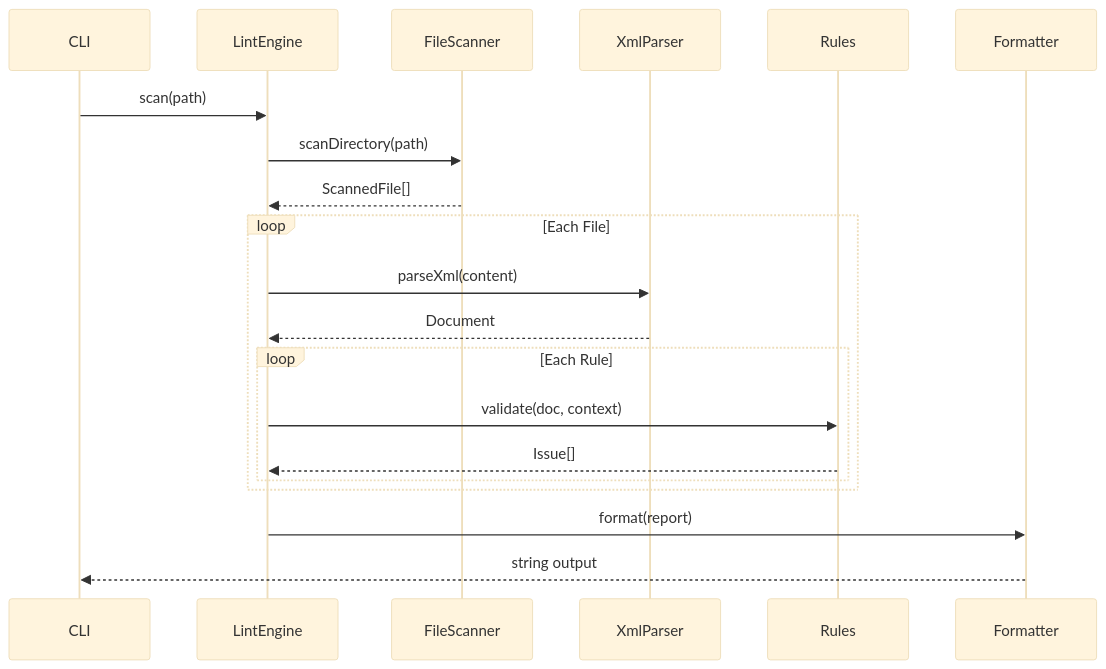
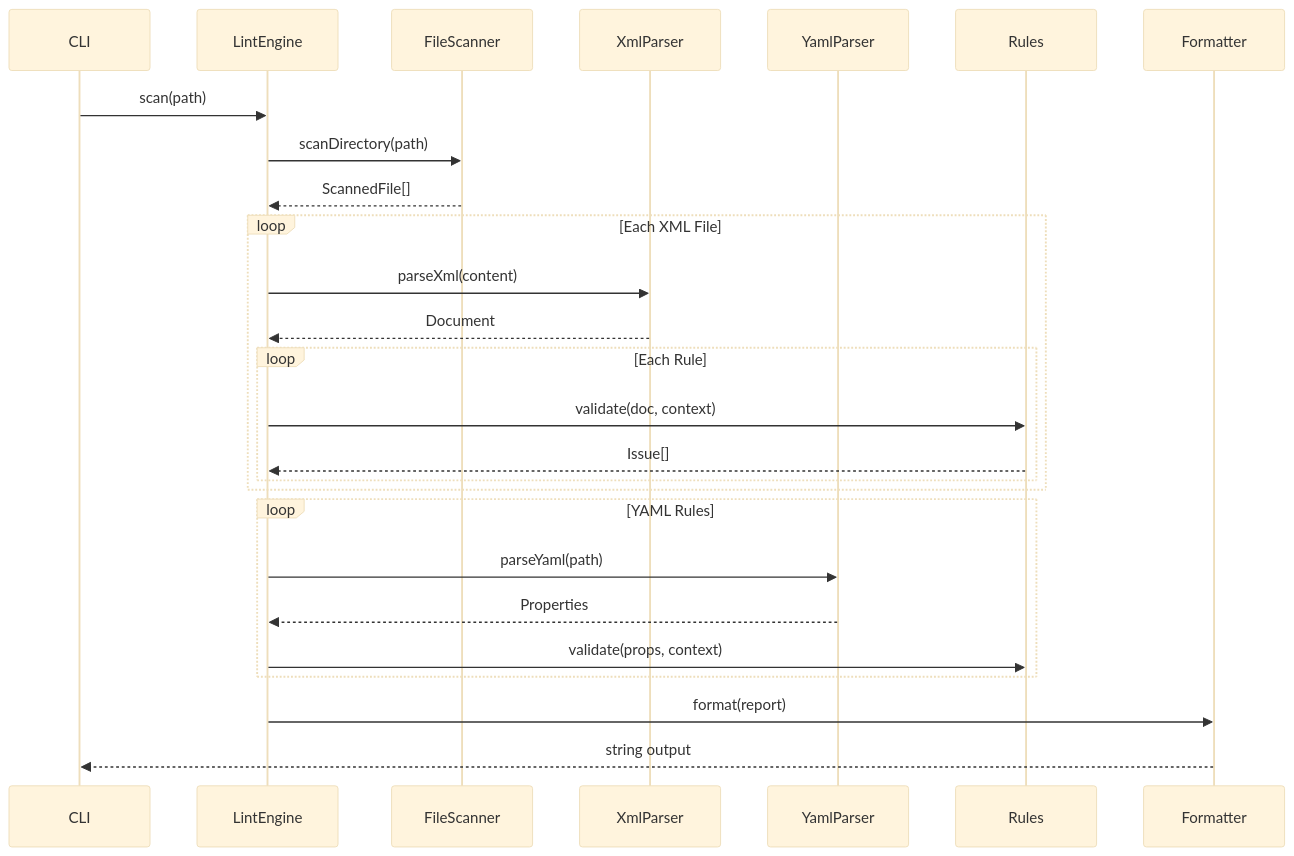
The second of 3 diagrams in docs/architecture.md (Avinava/mule-lint), drawn with Mermaid (base theme) before and after one commit. The commit also changed other lines of this file and 5 other files, not shown here.

````diff
--- a/docs/architecture.md
+++ b/docs/architecture.md
@@ -40,26 +53,33 @@
 ```mermaid
 sequenceDiagram
     participant CLI
     participant Engine as LintEngine
     participant Scanner as FileScanner
     participant Parser as XmlParser
+    participant YAML as YamlParser
     participant Rules
     participant Formatter
     
     CLI->>Engine: scan(path)
     Engine->>Scanner: scanDirectory(path)
     Scanner-->>Engine: ScannedFile[]
     
-    loop Each File
+    loop Each XML File
         Engine->>Parser: parseXml(content)
         Parser-->>Engine: Document
         
         loop Each Rule
             Engine->>Rules: validate(doc, context)
             Rules-->>Engine: Issue[]
         end
     end
     
+    loop YAML Rules
+        Engine->>YAML: parseYaml(path)
+        YAML-->>Engine: Properties
+        Engine->>Rules: validate(props, context)
+    end
+    
     Engine->>Formatter: format(report)
     Formatter-->>CLI: string output
 ```
````
